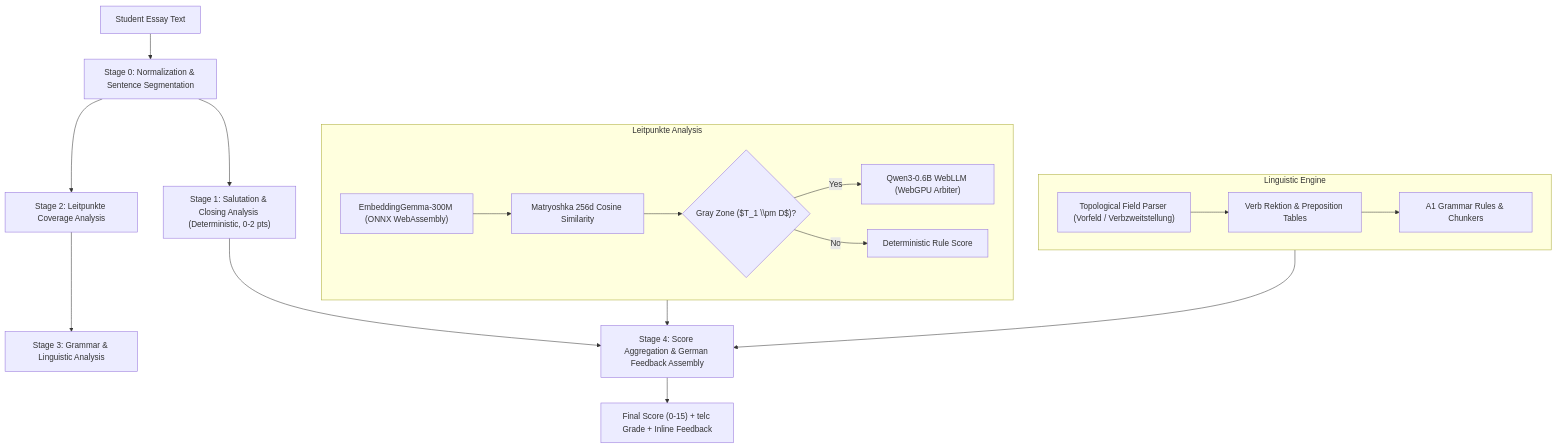
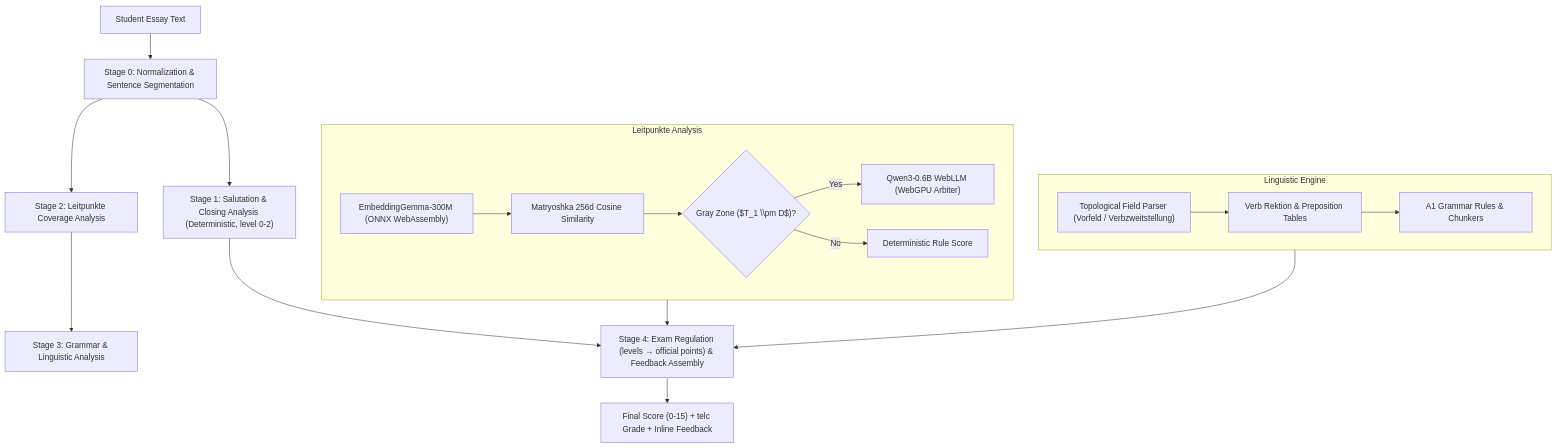
One commit to soldrag/telcA1 changed the fourth of 5 diagrams in ARCHITECTURE.md. Above: the diagram before and after it, drawn with Mermaid. The commit also changed other lines of this file and 47 other files, not shown here.

````diff
--- a/ARCHITECTURE.md
+++ b/ARCHITECTURE.md
@@ -154,27 +154,27 @@
 ```mermaid
 flowchart TD
     Input["Student Essay Text"] --> S0["Stage 0: Normalization & Sentence Segmentation"]
-    S0 --> S1["Stage 1: Salutation & Closing Analysis (Deterministic, 0-2 pts)"]
+    S0 --> S1["Stage 1: Salutation & Closing Analysis (Deterministic, level 0-2)"]
     
     S0 --> S2["Stage 2: Leitpunkte Coverage Analysis"]
     subgraph S2_Details["Leitpunkte Analysis"]
         Embed["EmbeddingGemma-300M (ONNX WebAssembly)"]
         Cos["Matryoshka 256d Cosine Similarity"]
         Arbiter{"Gray Zone ($T_1 \\pm D$)?"}
         Qwen["Qwen3-0.6B WebLLM (WebGPU Arbiter)"]
         Embed --> Cos --> Arbiter
         Arbiter -->|Yes| Qwen
         Arbiter -->|No| CodeScore["Deterministic Rule Score"]
     end
     
     S2 --> S3["Stage 3: Grammar & Linguistic Analysis"]
     subgraph S3_Details["Linguistic Engine"]
         Topo["Topological Field Parser (Vorfeld / Verbzweitstellung)"]
         Valency["Verb Rektion & Preposition Tables"]
         Grammar["A1 Grammar Rules & Chunkers"]
         Topo --> Valency --> Grammar
     end
     
-    S1 & S2_Details & S3_Details --> S4["Stage 4: Score Aggregation & German Feedback Assembly"]
+    S1 & S2_Details & S3_Details --> S4["Stage 4: Exam Regulation (levels → official points) & Feedback Assembly"]
     S4 --> Output["Final Score (0-15) + telc Grade + Inline Feedback"]
 ```
````
